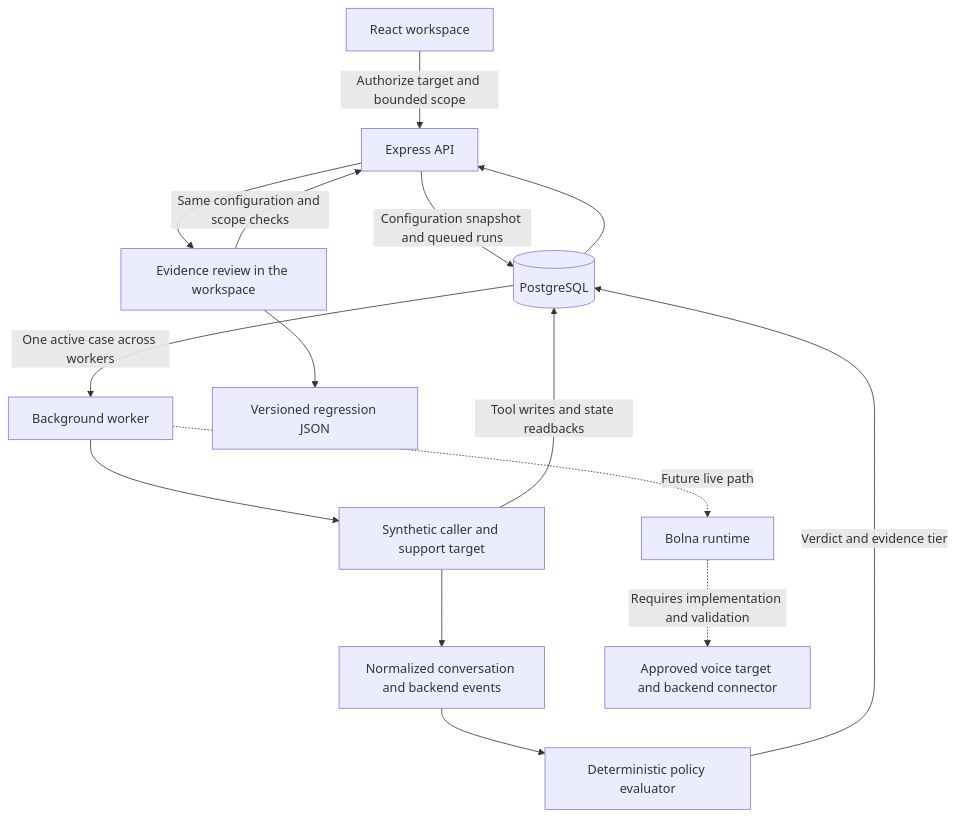
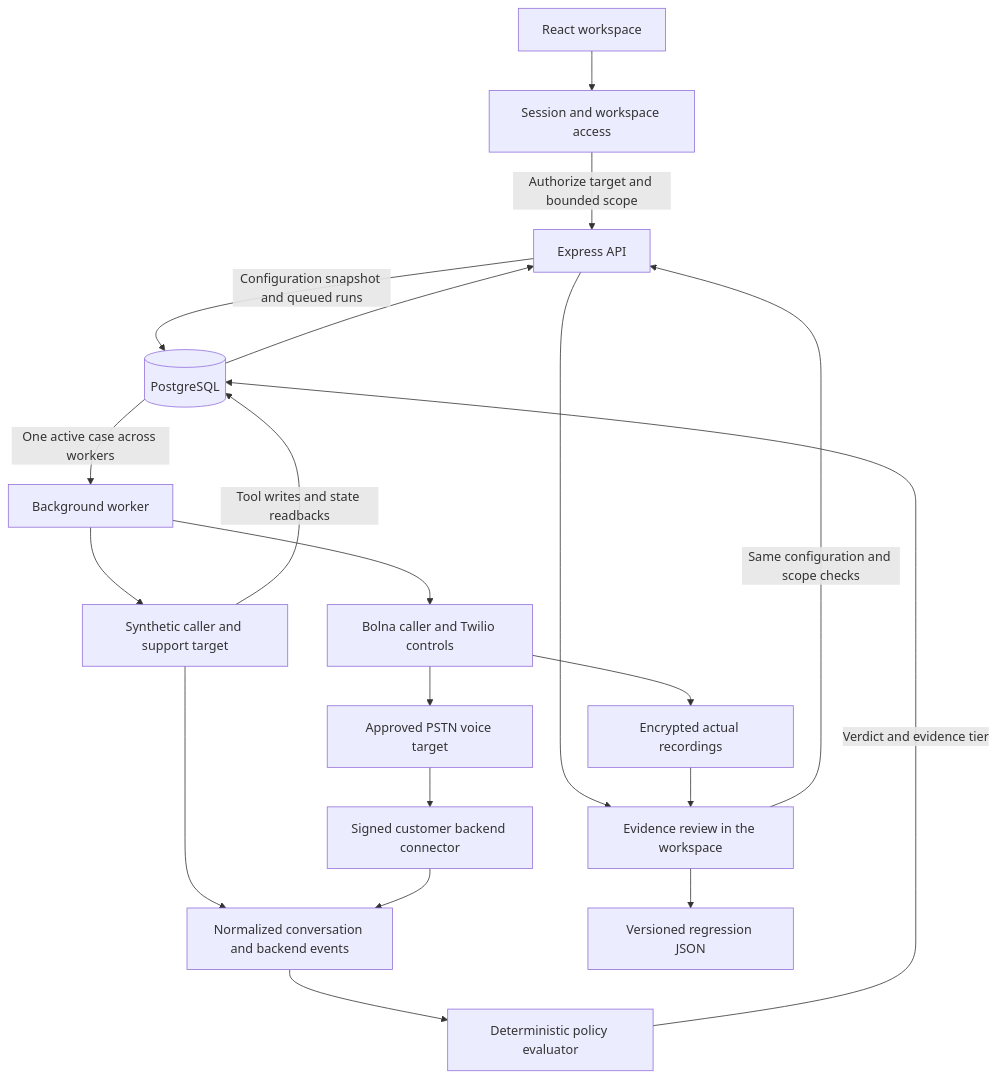
The diagram in README.md (MokiMeow/Vouch), drawn with Mermaid before and after one commit. The commit also changed other lines of this file and 17 other files, not shown here.

````diff
--- a/README.md
+++ b/README.md
@@ -92,17 +95,22 @@
 ```mermaid
 flowchart TD
-    UI[React workspace] -->|Authorize target and bounded scope| API[Express API]
+    UI[React workspace] --> Auth[Session and workspace access]
+    Auth -->|Authorize target and bounded scope| API[Express API]
     API -->|Configuration snapshot and queued runs| DB[(PostgreSQL)]
     DB -->|One active case across workers| Worker[Background worker]
     Worker --> Fixture[Synthetic caller and support target]
     Fixture -->|Tool writes and state readbacks| DB
     Fixture --> Evidence[Normalized conversation and backend events]
     Evidence --> Evaluate[Deterministic policy evaluator]
     Evaluate -->|Verdict and evidence tier| DB
     DB --> API
     API --> Review[Evidence review in the workspace]
     Review --> Export[Versioned regression JSON]
     Review -->|Same configuration and scope checks| API
-    Worker -. Future live path .-> Bolna[Bolna runtime]
-    Bolna -. Requires implementation and validation .-> Live[Approved voice target and backend connector]
+    Worker --> Live[Bolna caller and Twilio controls]
+    Live --> Target[Approved PSTN voice target]
+    Target --> Connector[Signed customer backend connector]
+    Connector --> Evidence
+    Live --> Archive[Encrypted actual recordings]
+    Archive --> Review
 ```
````
